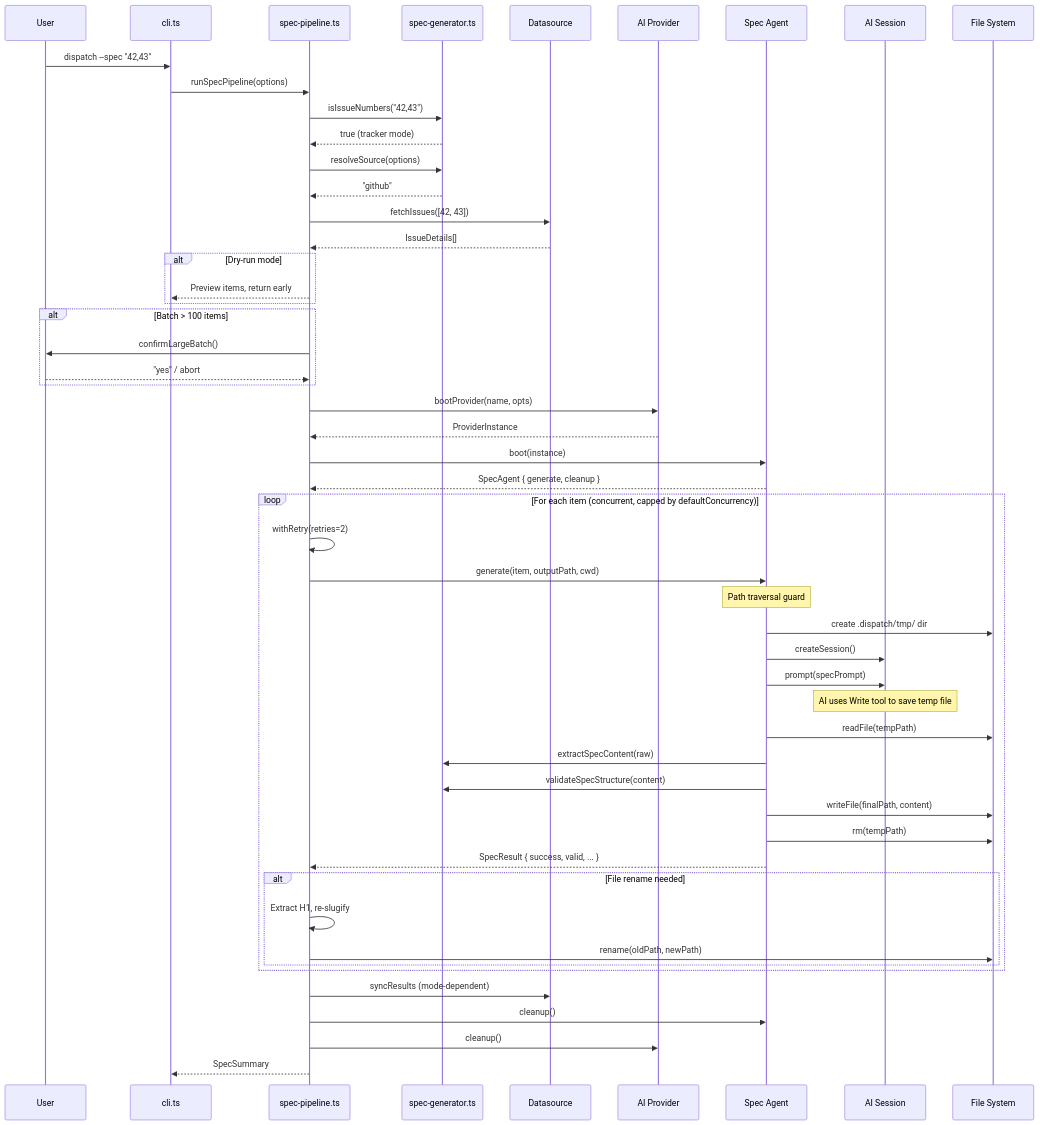
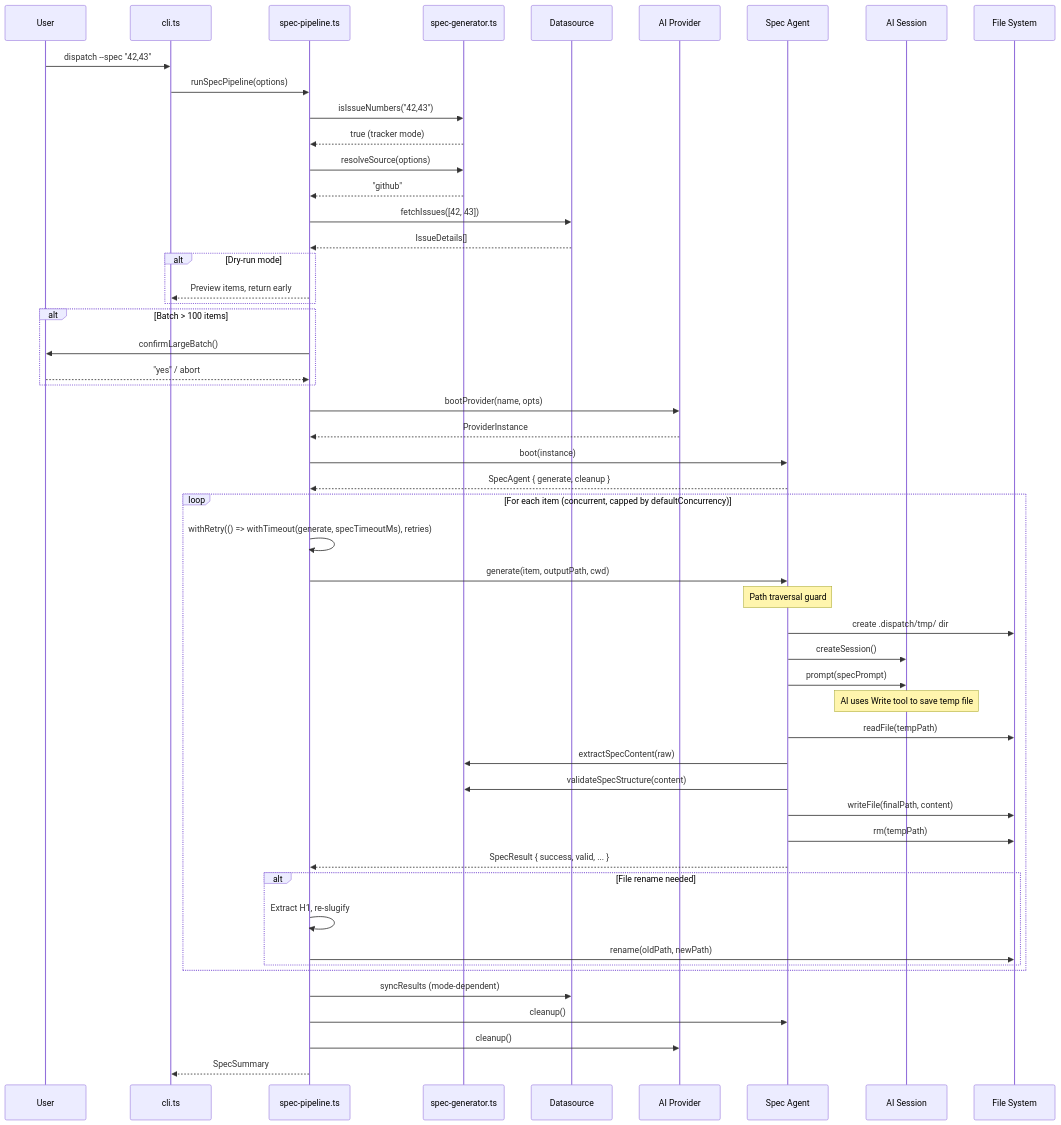
One commit to PatrickRuddiman/Dispatch changed the third of 4 diagrams in docs/spec-generation/overview.md. Above: the diagram before and after it, drawn with Mermaid. The commit also changed other lines of this file and 22 other files, not shown here.

Commit message:
fix(spec): add timeout handling for spec generation and opencode prompts

````diff
--- a/docs/spec-generation/overview.md
+++ b/docs/spec-generation/overview.md
@@ -192,66 +192,66 @@
 ```mermaid
 sequenceDiagram
     participant User
     participant CLI as cli.ts
     participant Pipeline as spec-pipeline.ts
     participant SG as spec-generator.ts
     participant DS as Datasource
     participant Provider as AI Provider
     participant Agent as Spec Agent
     participant AI as AI Session
     participant FS as File System
 
     User->>CLI: dispatch --spec "42,43"
     CLI->>Pipeline: runSpecPipeline(options)
 
     Pipeline->>SG: isIssueNumbers("42,43")
     SG-->>Pipeline: true (tracker mode)
 
     Pipeline->>SG: resolveSource(options)
     SG-->>Pipeline: "github"
 
     Pipeline->>DS: fetchIssues([42, 43])
     DS-->>Pipeline: IssueDetails[]
 
     alt Dry-run mode
         Pipeline-->>CLI: Preview items, return early
     end
 
     alt Batch > 100 items
         Pipeline->>User: confirmLargeBatch()
         User-->>Pipeline: "yes" / abort
     end
 
     Pipeline->>Provider: bootProvider(name, opts)
     Provider-->>Pipeline: ProviderInstance
 
     Pipeline->>Agent: boot(instance)
     Agent-->>Pipeline: SpecAgent { generate, cleanup }
 
     loop For each item (concurrent, capped by defaultConcurrency)
-        Pipeline->>Pipeline: withRetry(retries=2)
+        Pipeline->>Pipeline: withRetry(() => withTimeout(generate, specTimeoutMs), retries)
         Pipeline->>Agent: generate(item, outputPath, cwd)
 
         Note over Agent: Path traversal guard
         Agent->>FS: create .dispatch/tmp/ dir
         Agent->>AI: createSession()
         Agent->>AI: prompt(specPrompt)
         Note over AI: AI uses Write tool to save temp file
         Agent->>FS: readFile(tempPath)
         Agent->>SG: extractSpecContent(raw)
         Agent->>SG: validateSpecStructure(content)
         Agent->>FS: writeFile(finalPath, content)
         Agent->>FS: rm(tempPath)
         Agent-->>Pipeline: SpecResult { success, valid, ... }
 
         alt File rename needed
             Pipeline->>Pipeline: Extract H1, re-slugify
             Pipeline->>FS: rename(oldPath, newPath)
         end
     end
 
     Pipeline->>DS: syncResults (mode-dependent)
     Pipeline->>Agent: cleanup()
     Pipeline->>Provider: cleanup()
     Pipeline-->>CLI: SpecSummary
 ```
````
